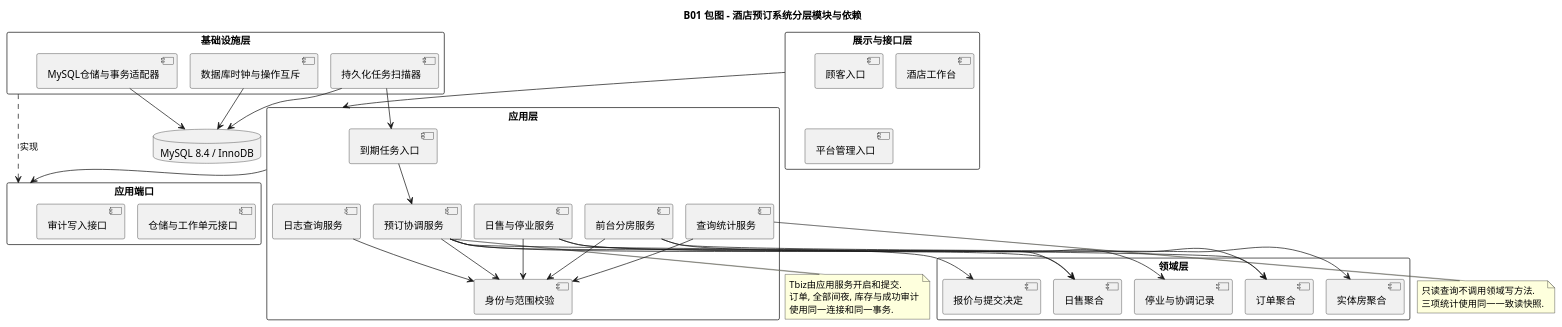
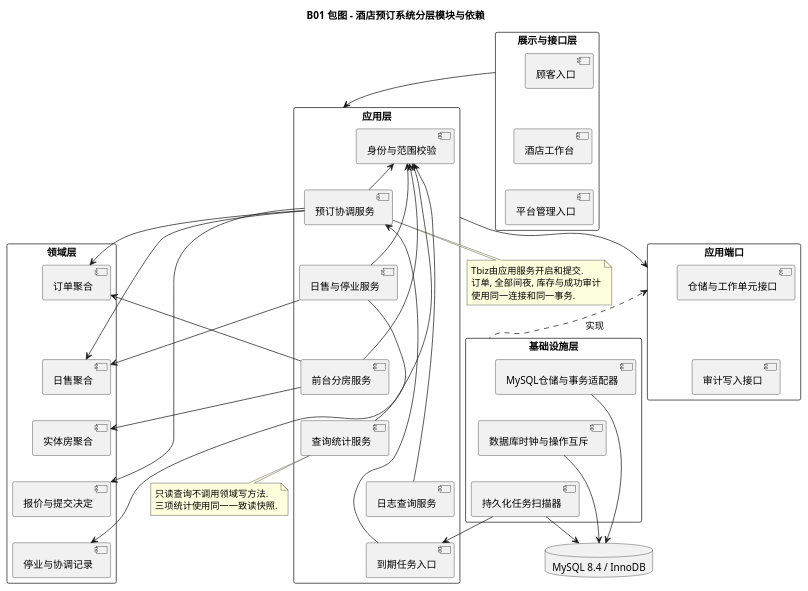
The diagram in lab2/UML/B01-package-architecture.puml (Blue-Night-gy/se-lab3), drawn with PlantUML before and after one commit. The commit also changed 59 other files, not shown here.

Commit message:
feat(lab2): refine domain models and trace all booking requirements

```diff
--- a/lab2/UML/B01-package-architecture.puml
+++ b/lab2/UML/B01-package-architecture.puml
@@ -1,66 +1,88 @@
 @startuml
 !pragma layout smetana
 skinparam defaultFontName Noto Sans SC
 skinparam packageStyle rectangle
+skinparam shadowing false
+skinparam nodesep 20
+skinparam ranksep 30
 title B01 包图 - 酒店预订系统分层模块与依赖
 package "展示与接口层" as Presentation {
   [顾客入口] as CustomerEntry
   [酒店工作台] as StaffEntry
   [平台管理入口] as AdminEntry
+  CustomerEntry -[hidden]down-> StaffEntry
+  StaffEntry -[hidden]down-> AdminEntry
 }
 package "应用层" as Application {
   [身份与范围校验] as Access
   [预订协调服务] as Booking
   [日售与停业服务] as Selling
   [前台分房服务] as FrontDesk
   [查询统计服务] as Reporting
   [日志查询服务] as AuditQuery
   [到期任务入口] as Expiry
+  Access -[hidden]down-> Booking
+  Booking -[hidden]down-> Selling
+  Selling -[hidden]down-> FrontDesk
+  FrontDesk -[hidden]down-> Reporting
+  Reporting -[hidden]down-> AuditQuery
+  AuditQuery -[hidden]down-> Expiry
 }
 package "领域层" as Domain {
   [订单聚合] as ReservationDomain
   [日售聚合] as OfferDomain
   [实体房聚合] as RoomDomain
   [报价与提交决定] as DecisionDomain
   [停业与协调记录] as ExceptionDomain
+  ReservationDomain -[hidden]down-> OfferDomain
+  OfferDomain -[hidden]down-> RoomDomain
+  RoomDomain -[hidden]down-> DecisionDomain
+  DecisionDomain -[hidden]down-> ExceptionDomain
 }
 package "应用端口" as Ports {
   [仓储与工作单元接口] as UnitPorts
   [审计写入接口] as AuditPort
+  UnitPorts -[hidden]down-> AuditPort
 }
 package "基础设施层" as Infrastructure {
   [MySQL仓储与事务适配器] as MysqlAdapter
   [数据库时钟与操作互斥] as ClockAdapter
   [持久化任务扫描器] as TaskAdapter
+  MysqlAdapter -[hidden]down-> ClockAdapter
+  ClockAdapter -[hidden]down-> TaskAdapter
 }
 database "MySQL 8.4 / InnoDB" as Db
-Presentation --> Application
+Presentation -down-> Application
 Booking --> Access
 Selling --> Access
 FrontDesk --> Access
 Reporting --> Access
 AuditQuery --> Access
 Expiry --> Booking
 Booking --> ReservationDomain
 Booking --> OfferDomain
 Booking --> DecisionDomain
 FrontDesk --> ReservationDomain
 FrontDesk --> RoomDomain
 Selling --> OfferDomain
 Selling --> ExceptionDomain
-Application --> Ports
-Infrastructure ..> Ports : 实现
+Application -down-> Ports
+Infrastructure .up.> Ports : 实现
 MysqlAdapter --> Db
 ClockAdapter --> Db
 TaskAdapter --> Db
 TaskAdapter --> Expiry
+Presentation -[hidden]down-> Application
+Application -[hidden]down-> Domain
+Domain -[hidden]down-> Ports
+Ports -[hidden]down-> Infrastructure
 note bottom of Booking
 Tbiz由应用服务开启和提交.
 订单, 全部间夜, 库存与成功审计
 使用同一连接和同一事务.
 end note
 note bottom of Reporting
 只读查询不调用领域写方法.
 三项统计使用同一一致读快照.
 end note
 @enduml
```
